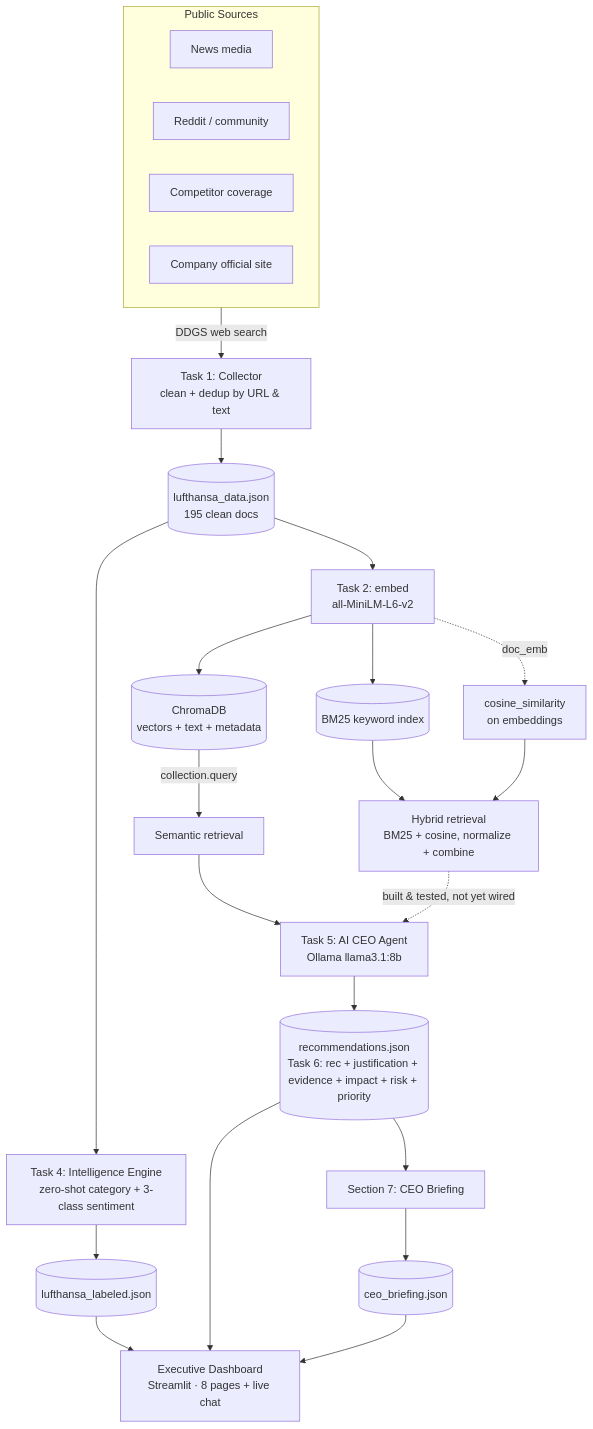
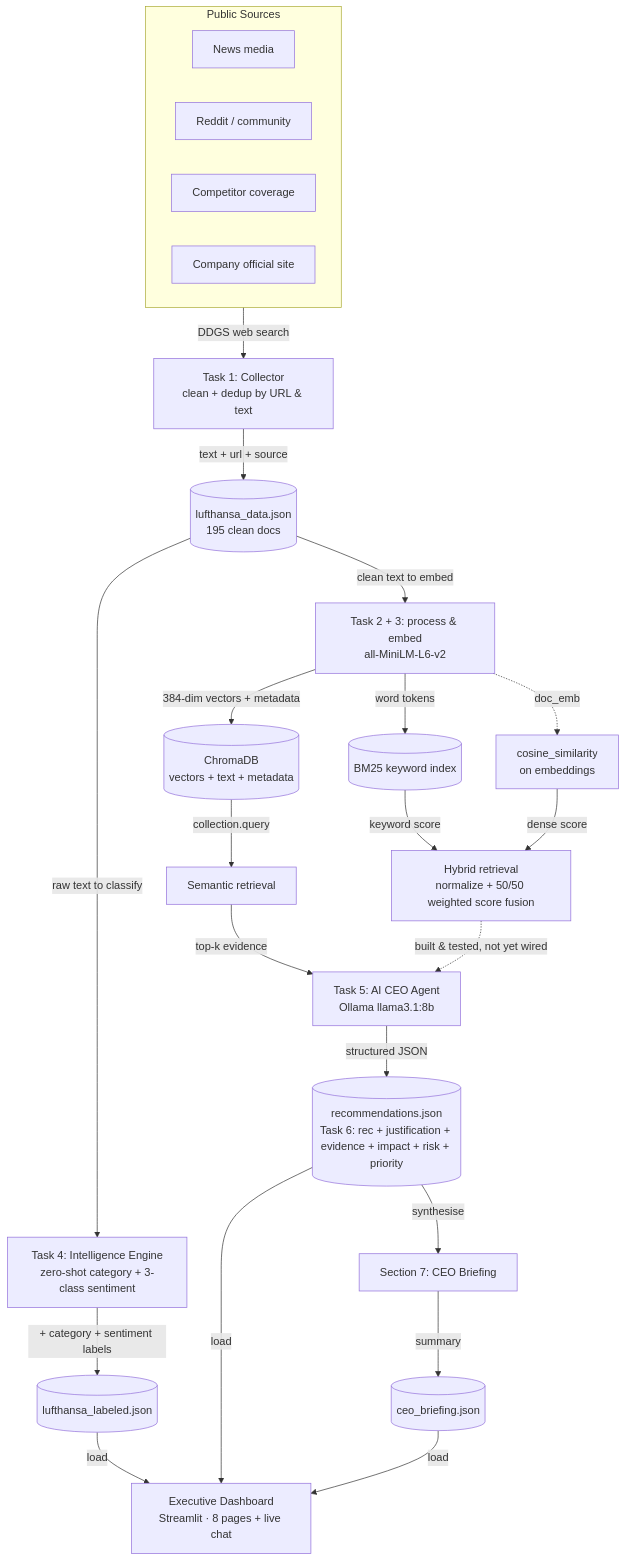
The first of 2 diagrams in NLP/NLP Exam/AI CEO Strategic Intelligence Agent/README.md (Nihalpujari/ML_Practice), drawn with Mermaid before and after one commit.

````diff
--- a/NLP/NLP Exam/AI CEO Strategic Intelligence Agent/README.md
+++ b/NLP/NLP Exam/AI CEO Strategic Intelligence Agent/README.md
@@ -84,34 +84,34 @@
 ```mermaid
 flowchart TD
     subgraph SOURCES[Public Sources]
         N[News media]
         R[Reddit / community]
         CMP[Competitor coverage]
         CO[Company official site]
     end
 
     SOURCES -->|DDGS web search| COLLECT[Task 1: Collector<br/>clean + dedup by URL & text]
-    COLLECT --> JSON[(lufthansa_data.json<br/>195 clean docs)]
+    COLLECT -->|text + url + source| JSON[(lufthansa_data.json<br/>195 clean docs)]
 
-    JSON --> PROC[Task 2: embed<br/>all-MiniLM-L6-v2]
-    PROC --> CHROMA[(ChromaDB<br/>vectors + text + metadata)]
-    PROC --> BM25[(BM25 keyword index)]
+    JSON -->|clean text to embed| PROC[Task 2 + 3: process & embed<br/>all-MiniLM-L6-v2]
+    PROC -->|384-dim vectors + metadata| CHROMA[(ChromaDB<br/>vectors + text + metadata)]
+    PROC -->|word tokens| BM25[(BM25 keyword index)]
     PROC -. doc_emb .-> COS[cosine_similarity<br/>on embeddings]
 
-    JSON --> INTEL[Task 4: Intelligence Engine<br/>zero-shot category + 3-class sentiment]
-    INTEL --> LABELED[(lufthansa_labeled.json)]
+    JSON -->|raw text to classify| INTEL[Task 4: Intelligence Engine<br/>zero-shot category + 3-class sentiment]
+    INTEL -->|+ category + sentiment labels| LABELED[(lufthansa_labeled.json)]
 
     CHROMA -->|collection.query| SEM[Semantic retrieval]
-    BM25 --> HYB[Hybrid retrieval<br/>BM25 + cosine, normalize + combine]
-    COS --> HYB
+    BM25 -->|keyword score| HYB[Hybrid retrieval<br/>normalize + 50/50 weighted score fusion]
+    COS -->|dense score| HYB
 
-    SEM --> AGENT[Task 5: AI CEO Agent<br/>Ollama llama3.1:8b]
+    SEM -->|top-k evidence| AGENT[Task 5: AI CEO Agent<br/>Ollama llama3.1:8b]
     HYB -. built &amp; tested, not yet wired .-> AGENT
-    AGENT --> RECS[(recommendations.json<br/>Task 6: rec + justification + evidence + impact + risk + priority)]
-    RECS --> BRIEF[Section 7: CEO Briefing]
-    BRIEF --> CB[(ceo_briefing.json)]
+    AGENT -->|structured JSON| RECS[(recommendations.json<br/>Task 6: rec + justification + evidence + impact + risk + priority)]
+    RECS -->|synthesise| BRIEF[Section 7: CEO Briefing]
+    BRIEF -->|summary| CB[(ceo_briefing.json)]
 
-    LABELED --> DASH[Executive Dashboard<br/>Streamlit · 8 pages + live chat]
-    RECS --> DASH
-    CB --> DASH
+    LABELED -->|load| DASH[Executive Dashboard<br/>Streamlit · 8 pages + live chat]
+    RECS -->|load| DASH
+    CB -->|load| DASH
 ```
````
